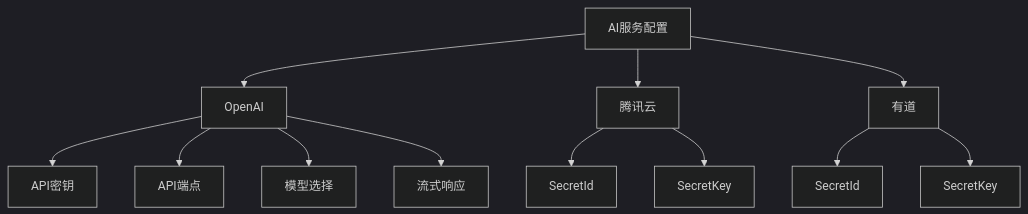
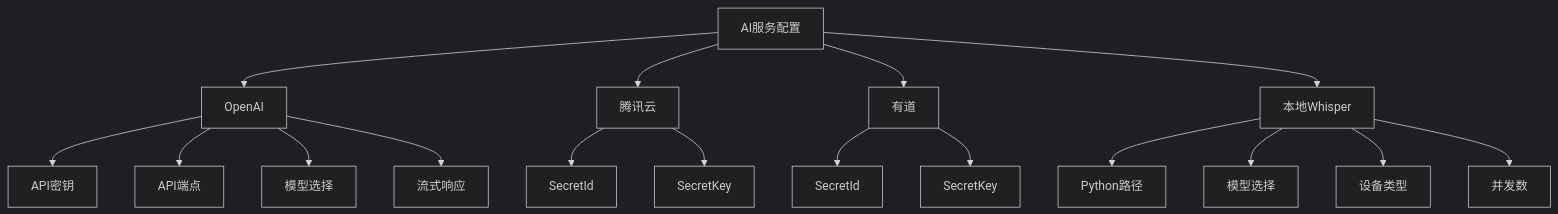
The first of 7 diagrams in .qoder/repowiki/zh/content/配置指南/AI服务配置/AI服务配置.md (afanty2021/DashPlayer), drawn with Mermaid (dark theme) before and after one commit. The commit also changed other lines of this file and 3 other files, not shown here.

````diff
--- a/.qoder/repowiki/zh/content/配置指南/AI服务配置/AI服务配置.md
+++ b/.qoder/repowiki/zh/content/配置指南/AI服务配置/AI服务配置.md
@@ -39,14 +53,19 @@
 ```mermaid
 graph TD
 A[AI服务配置] --> B[OpenAI]
 A --> C[腾讯云]
 A --> D[有道]
+A --> E[本地Whisper]
 B --> B1[API密钥]
 B --> B2[API端点]
 B --> B3[模型选择]
 B --> B4[流式响应]
 C --> C1[SecretId]
 C --> C2[SecretKey]
 D --> D1[SecretId]
 D --> D2[SecretKey]
+E --> E1[Python路径]
+E --> E2[模型选择]
+E --> E3[设备类型]
+E --> E4[并发数]
 ```
````
